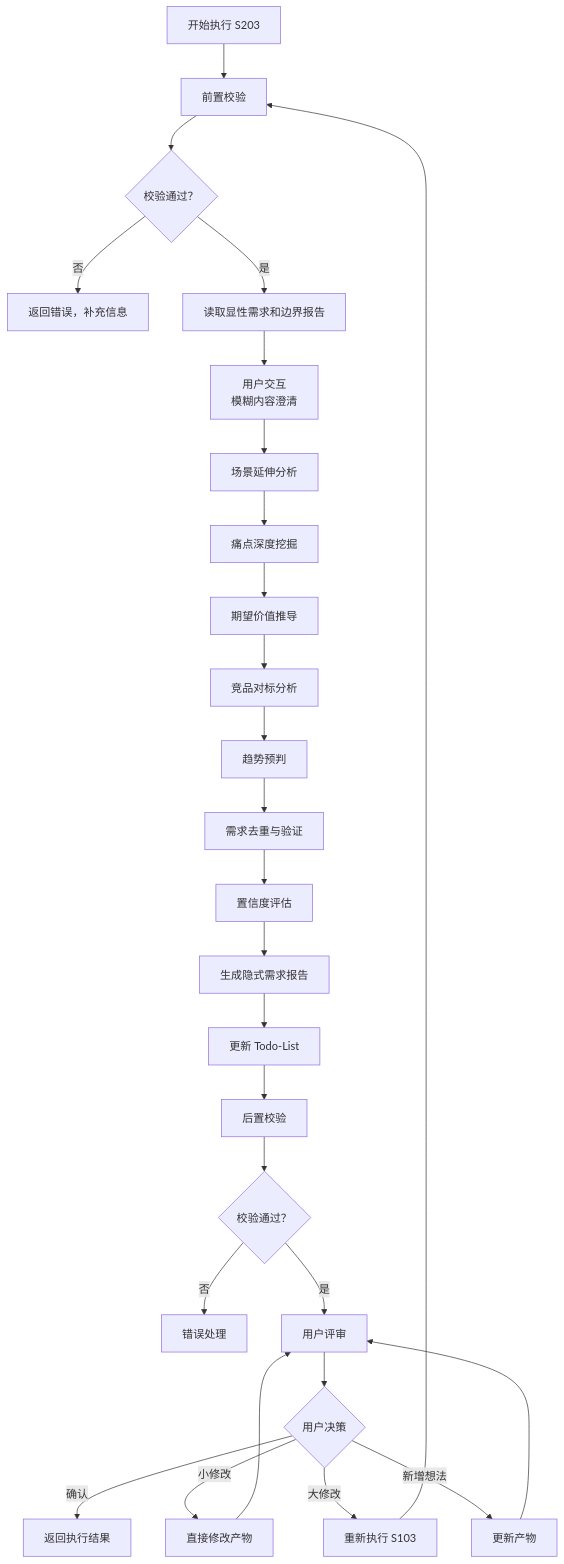
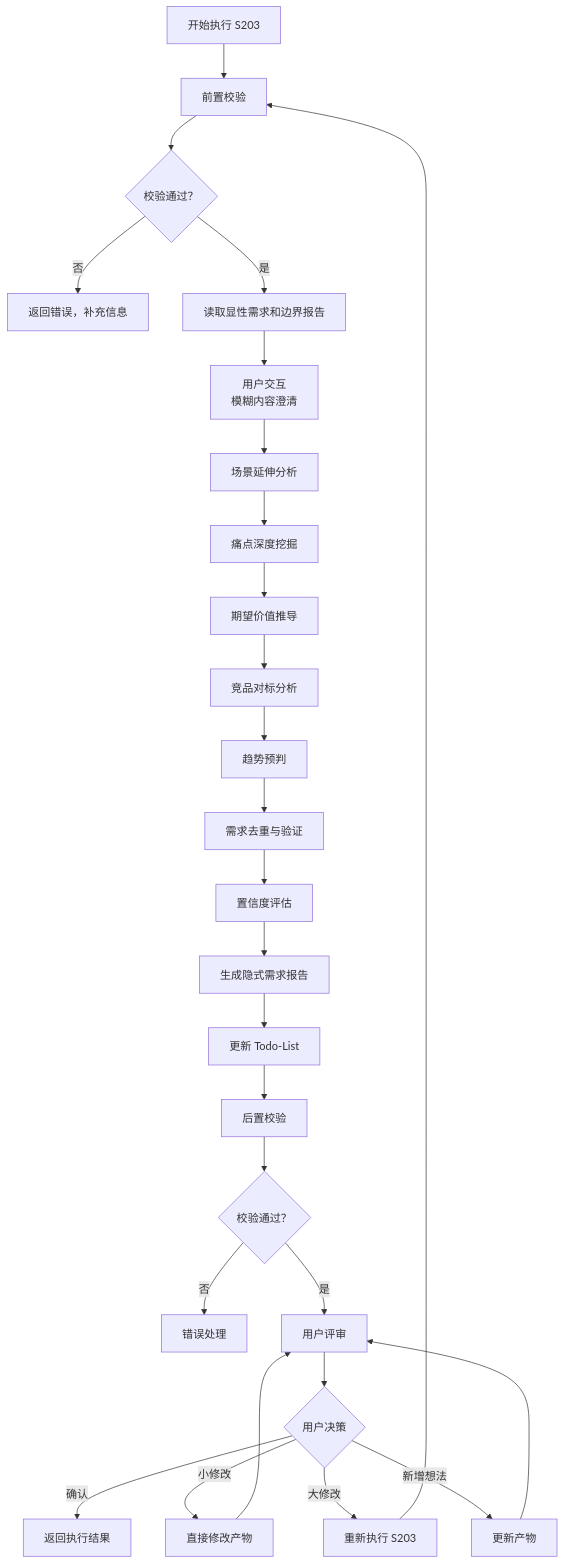
One commit to HeartFlying/swf changed the first of 2 diagrams in skills/s2-implicit/SKILL.md. Above: the diagram before and after it, drawn with Mermaid. The commit also changed other lines of this file and 256 other files, not shown here.

````diff
--- a/skills/s2-implicit/SKILL.md
+++ b/skills/s2-implicit/SKILL.md
@@ -99,29 +99,29 @@
 ```mermaid
 flowchart TD
     Start[开始执行 S203] --> PreCheck[前置校验]
     PreCheck --> CheckResult{校验通过？}
     CheckResult -->|否 | Error[返回错误，补充信息]
     CheckResult -->|是 | Read[读取显性需求和边界报告]
     Read --> Interact[用户交互<br/>模糊内容澄清]
     Interact --> Scenario[场景延伸分析]
     Scenario --> PainPoint[痛点深度挖掘]
     PainPoint --> Value[期望价值推导]
     Value --> Competitive[竞品对标分析]
     Competitive --> Trend[趋势预判]
     Trend --> Dedup[需求去重与验证]
     Dedup --> Confidence[置信度评估]
     Confidence --> GenReport[生成隐式需求报告]
     GenReport --> UpdateTodo[更新 Todo-List]
     UpdateTodo --> PostCheck[后置校验]
     PostCheck --> PostCheckResult{校验通过？}
     PostCheckResult -->|否 | HandleError[错误处理]
     PostCheckResult -->|是 | Review[用户评审]
     Review --> ReviewResult{用户决策}
     ReviewResult -->|确认 | Return[返回执行结果]
     ReviewResult -->|小修改 | Modify[直接修改产物]
-    ReviewResult -->|大修改 | ReExecute[重新执行 S103]
+    ReviewResult -->|大修改 | ReExecute[重新执行 S203]
     ReviewResult -->|新增想法 | Update[更新产物]
     Modify --> Review
     Update --> Review
     ReExecute --> PreCheck
 ```
````
